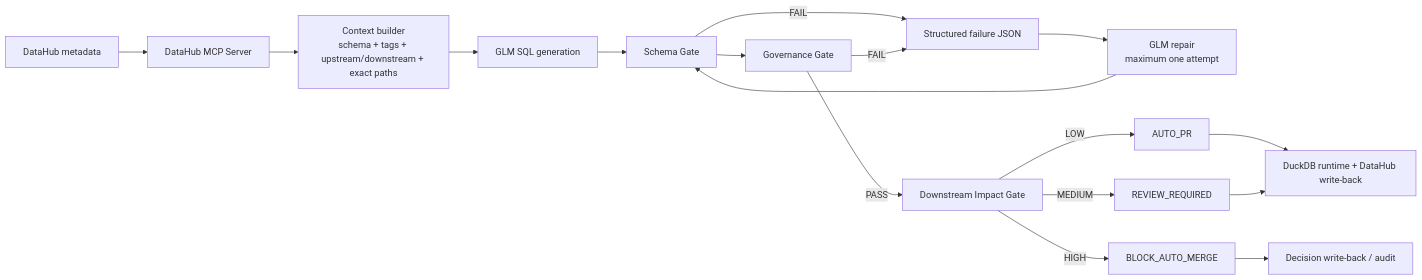
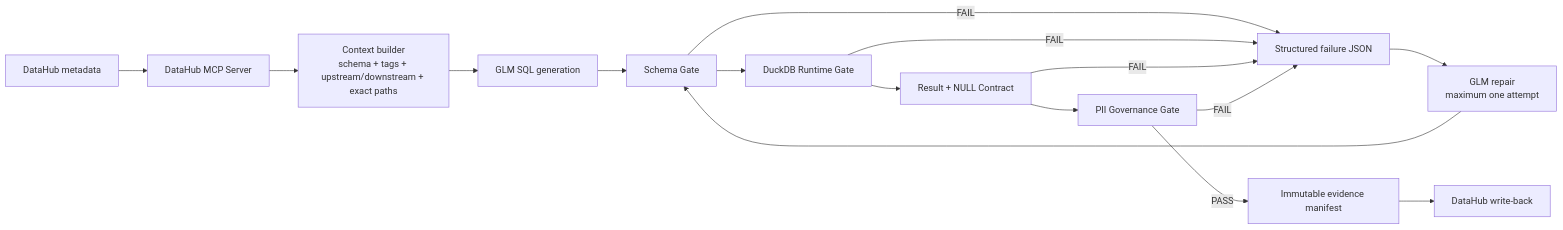
One commit to mangroveuniversemu-bot/hallucination-proof-codegen changed the first of 2 diagrams in README.md. Above: the diagram before and after it, drawn with Mermaid. The commit also changed other lines of this file and 10 other files, not shown here.

````diff
--- a/README.md
+++ b/README.md
@@ -150,19 +153,18 @@
 ```mermaid
 flowchart LR
     A["DataHub metadata"] --> B["DataHub MCP Server"]
     B --> C["Context builder<br/>schema + tags + upstream/downstream + exact paths"]
     C --> D["GLM SQL generation"]
     D --> E["Schema Gate"]
-    E --> F["Governance Gate"]
-    E -->|"FAIL"| G["Structured failure JSON"]
-    F -->|"FAIL"| G
-    G --> H["GLM repair<br/>maximum one attempt"]
-    H --> E
-    F -->|"PASS"| I["Downstream Impact Gate"]
-    I -->|"LOW"| J["AUTO_PR"]
-    I -->|"MEDIUM"| K["REVIEW_REQUIRED"]
-    I -->|"HIGH"| L["BLOCK_AUTO_MERGE"]
-    J --> M["DuckDB runtime + DataHub write-back"]
-    K --> M
-    L --> N["Decision write-back / audit"]
+    E --> F["DuckDB Runtime Gate"]
+    F --> G["Result + NULL Contract"]
+    G --> H["PII Governance Gate"]
+    E -->|"FAIL"| I["Structured failure JSON"]
+    F -->|"FAIL"| I
+    G -->|"FAIL"| I
+    H -->|"FAIL"| I
+    I --> J["GLM repair<br/>maximum one attempt"]
+    J --> E
+    H -->|"PASS"| K["Immutable evidence manifest"]
+    K --> L["DataHub write-back"]
 ```
````
